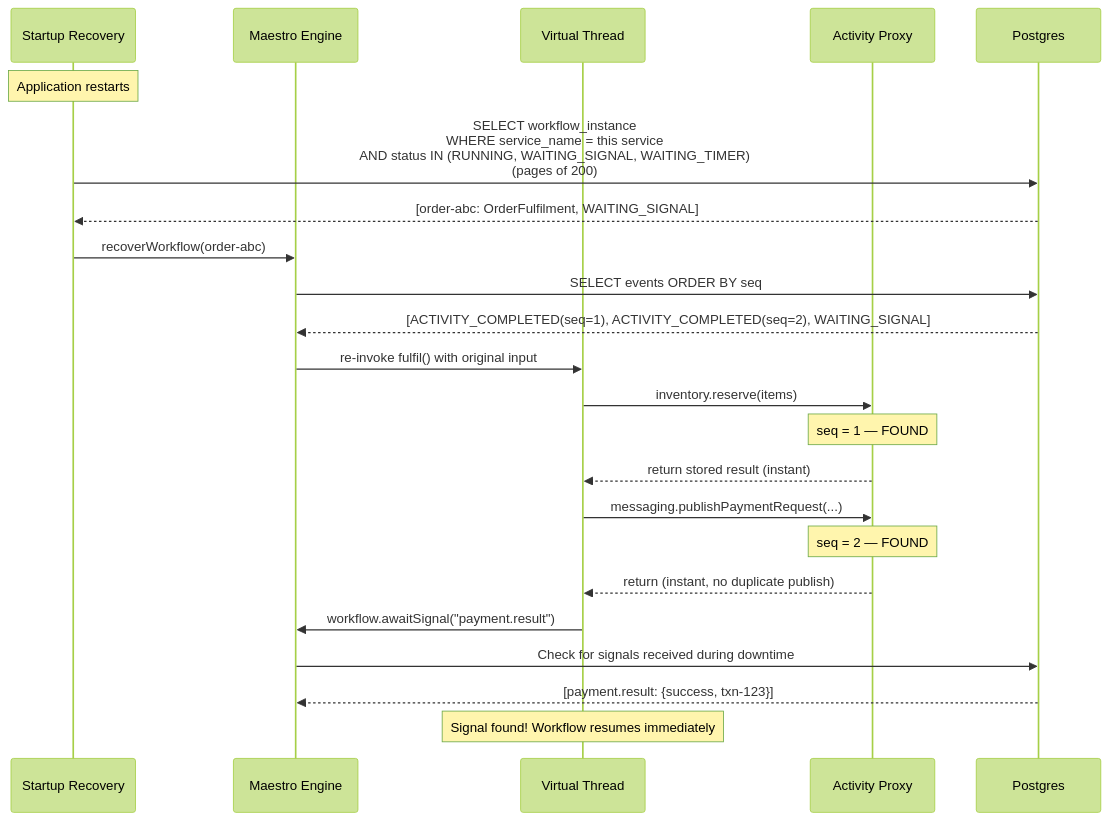
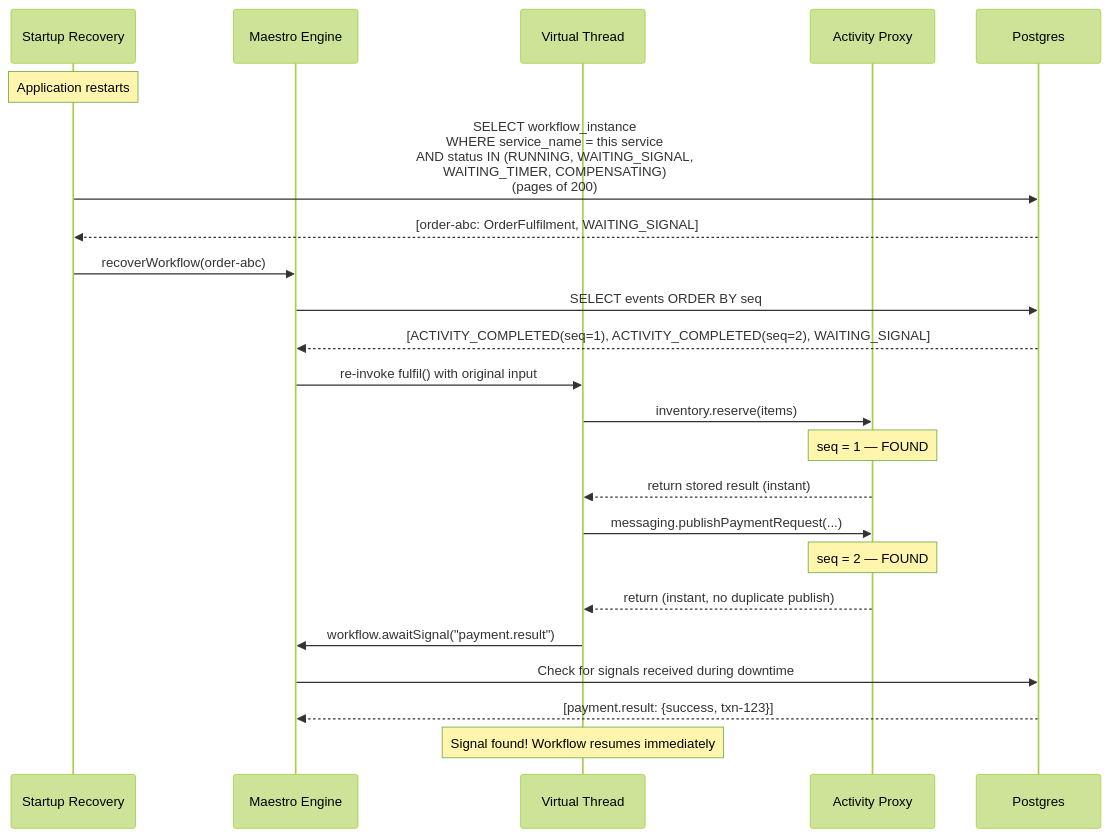
The fourth of 15 diagrams in docs/maestro-architecture.md (rakheen-dama/maestro), drawn with Mermaid (forest theme) before and after one commit. The commit also changed 12 other files, not shown here.

````diff
--- a/docs/maestro-architecture.md
+++ b/docs/maestro-architecture.md
@@ -170,32 +170,32 @@
 ```mermaid
 sequenceDiagram
     participant Recovery as Startup Recovery
     participant Engine as Maestro Engine
     participant VThread as Virtual Thread
     participant Proxy as Activity Proxy
     participant Store as Postgres
 
     Note over Recovery: Application restarts
 
-    Recovery->>Store: SELECT workflow_instance<br/>WHERE service_name = this service<br/>AND status IN (RUNNING, WAITING_SIGNAL, WAITING_TIMER)<br/>(pages of 200)
+    Recovery->>Store: SELECT workflow_instance<br/>WHERE service_name = this service<br/>AND status IN (RUNNING, WAITING_SIGNAL,<br/>WAITING_TIMER, COMPENSATING)<br/>(pages of 200)
     Store-->>Recovery: [order-abc: OrderFulfilment, WAITING_SIGNAL]
 
     Recovery->>Engine: recoverWorkflow(order-abc)
     Engine->>Store: SELECT events ORDER BY seq
     Store-->>Engine: [ACTIVITY_COMPLETED(seq=1), ACTIVITY_COMPLETED(seq=2), WAITING_SIGNAL]
 
     Engine->>VThread: re-invoke fulfil() with original input
 
     VThread->>Proxy: inventory.reserve(items)
     Note over Proxy: seq = 1 — FOUND
     Proxy-->>VThread: return stored result (instant)
 
     VThread->>Proxy: messaging.publishPaymentRequest(...)
     Note over Proxy: seq = 2 — FOUND
     Proxy-->>VThread: return (instant, no duplicate publish)
 
     VThread->>Engine: workflow.awaitSignal("payment.result")
     Engine->>Store: Check for signals received during downtime
     Store-->>Engine: [payment.result: {success, txn-123}]
     Note over VThread: Signal found! Workflow resumes immediately
 ```
````
